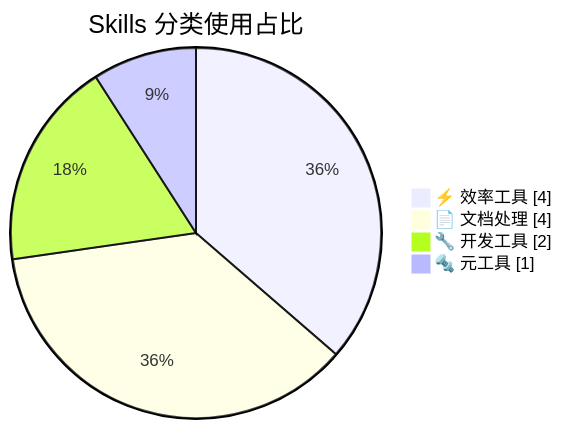
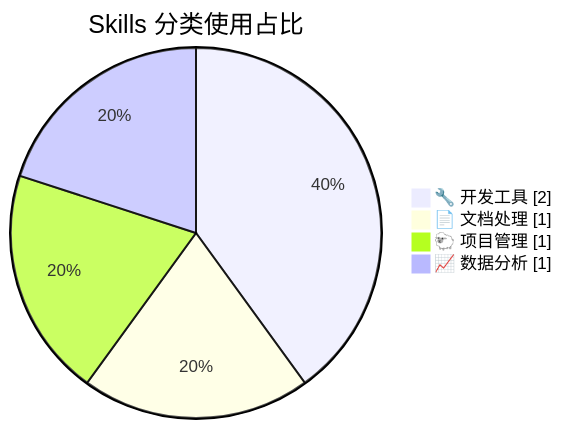
Before and after one commit to leoliu20001120/leooo: the second of 2 diagrams in 10_Work/skills_weekly_reports/Skills周报_W12_2026_0316.md, drawn with Mermaid. The commit also changed other lines of this file and 169 other files, not shown here.

````diff
--- a/10_Work/skills_weekly_reports/Skills周报_W12_2026_0316.md
+++ b/10_Work/skills_weekly_reports/Skills周报_W12_2026_0316.md
@@ -59,8 +56,8 @@
 ```mermaid
 pie showData
     title Skills 分类使用占比
-    "⚡ 效率工具" : 4
-    "📄 文档处理" : 4
     "🔧 开发工具" : 2
-    "🔩 元工具" : 1
+    "📄 文档处理" : 1
+    "🐑 项目管理" : 1
+    "📈 数据分析" : 1
 ```
````
